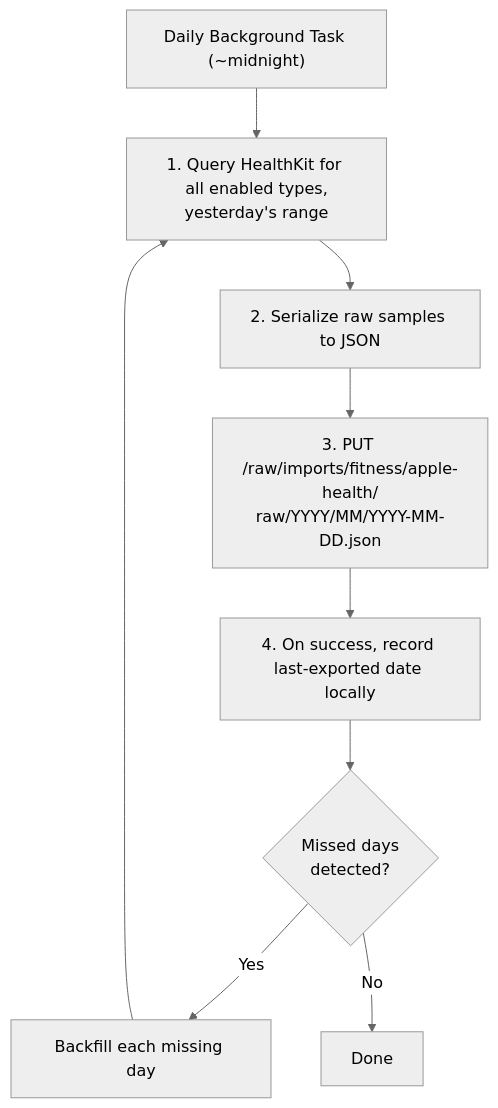
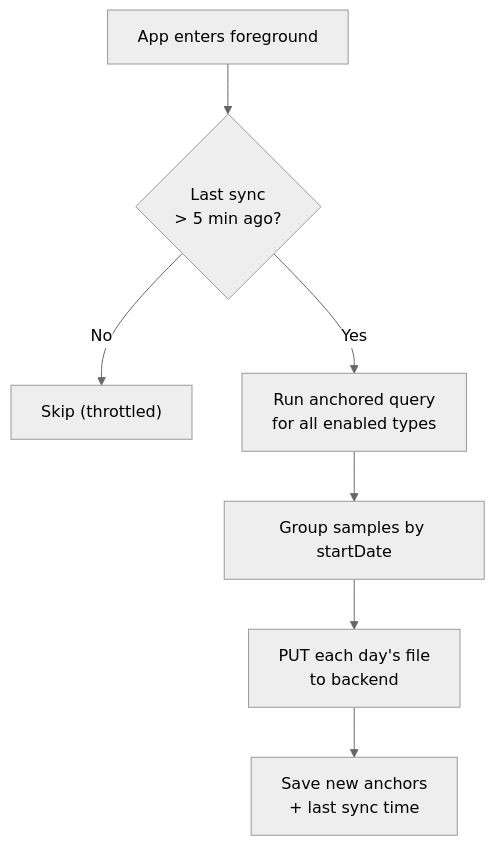
Before and after one commit to xiaoyuanzhu-com/my-life-db-docs: the second of 2 diagrams in src/content/docs/apple-client/data-collect.md, drawn with Mermaid (neutral theme). The commit also changed other lines of this file, not shown here.

First line of the commit message:
docs: update data collection design with incremental sync and daily folders

````diff
--- a/src/content/docs/apple-client/data-collect.md
+++ b/src/content/docs/apple-client/data-collect.md
@@ -446,11 +513,9 @@
 ```mermaid
 flowchart TD
-    Start["Daily Background Task (~midnight)"] --> Step1["1. Query HealthKit for all enabled types,\nyesterday's range"]
-    Step1 --> Step2["2. Serialize raw samples to JSON"]
-    Step2 --> Step3["3. PUT /raw/imports/fitness/apple-health/\nraw/YYYY/MM/YYYY-MM-DD.json"]
-    Step3 --> Step4["4. On success, record last-exported date locally"]
-    Step4 --> Check{"Missed days\ndetected?"}
-    Check -- Yes --> Backfill["Backfill each missing day"]
-    Backfill --> Step1
-    Check -- No --> Done["Done"]
+    Open["App enters foreground"] --> Check{"Last sync\n> 5 min ago?"}
+    Check -- No --> Skip["Skip (throttled)"]
+    Check -- Yes --> Sync["Run anchored query\nfor all enabled types"]
+    Sync --> Split["Group samples by startDate"]
+    Split --> Upload["PUT each day's file\nto backend"]
+    Upload --> Save["Save new anchors\n+ last sync time"]
 ```
````
